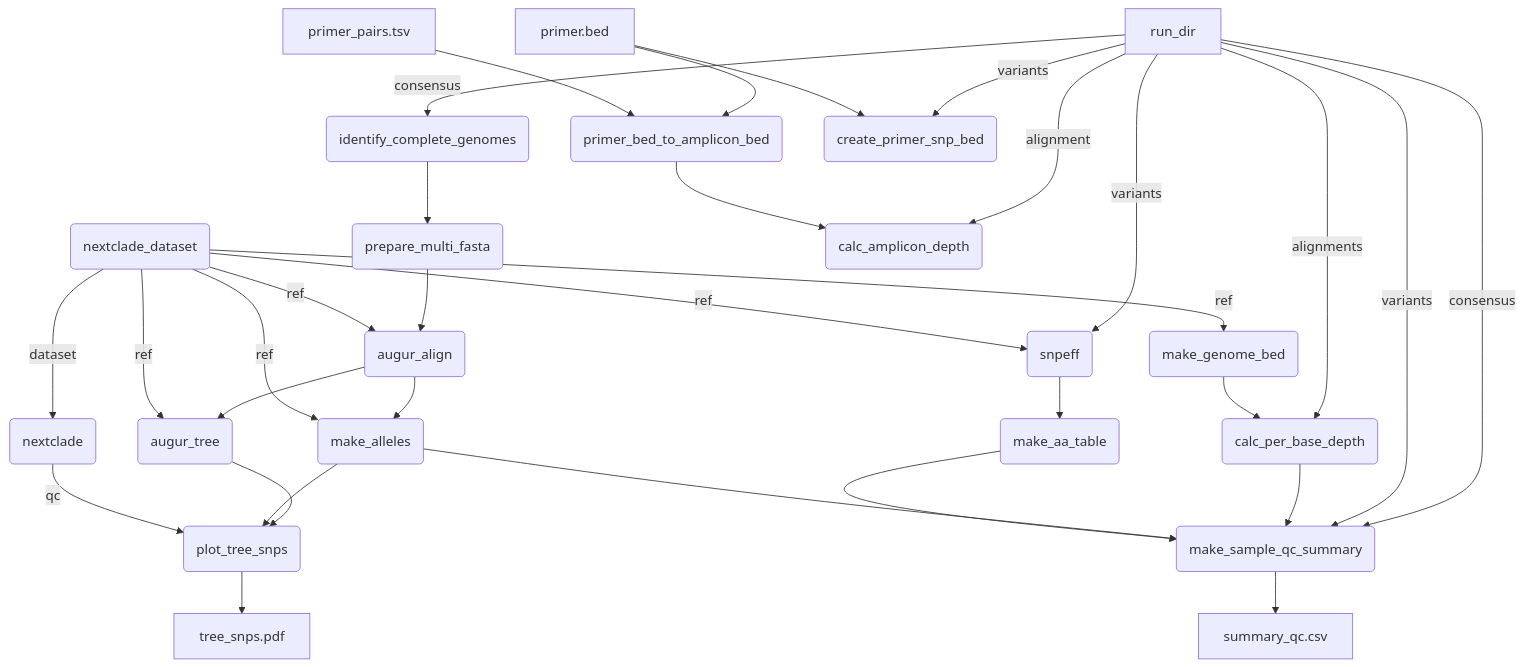
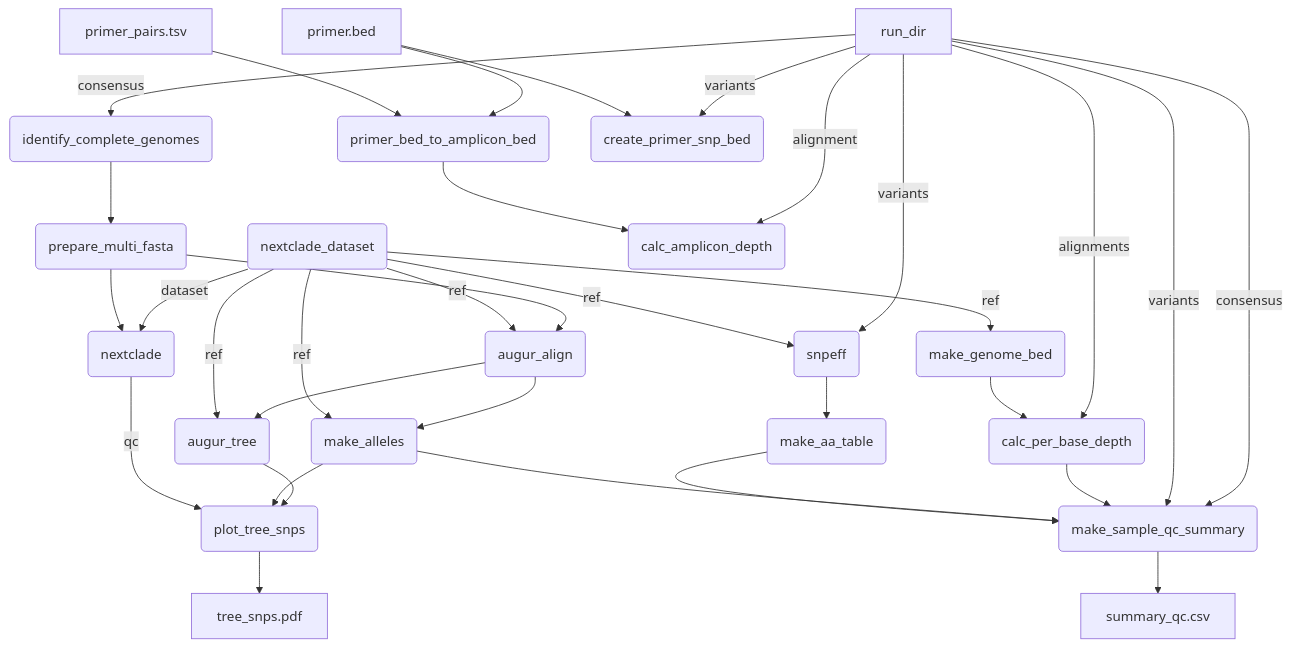
One commit to BCCDC-PHL/mpxv-qc changed the diagram in README.md. Above: the diagram before and after it, drawn with Mermaid.

````diff
--- a/README.md
+++ b/README.md
@@ -6,39 +6,40 @@
 ```mermaid
 flowchart TD
 run_dir[run_dir]
 primer_bed[primer.bed]
 primer_pairs[primer_pairs.tsv]
 run_dir -- consensus --> identify_complete_genomes(identify_complete_genomes)
 identify_complete_genomes --> prepare_multi_fasta(prepare_multi_fasta)
 nextclade_dataset(nextclade_dataset)
 nextclade_dataset -- dataset --> nextclade(nextclade)
+prepare_multi_fasta --> nextclade
 prepare_multi_fasta --> augur_align(augur_align)
 nextclade_dataset -- ref --> augur_align
 augur_align --> augur_tree(augur_tree)
 nextclade_dataset -- ref --> augur_tree
 augur_align --> make_alleles(make_alleles)
 nextclade_dataset -- ref --> make_alleles
 augur_tree --> plot_tree_snps(plot_tree_snps)
 make_alleles --> plot_tree_snps
 nextclade -- qc --> plot_tree_snps
 plot_tree_snps --> tree_snps.pdf
 run_dir -- variants --> snpeff(snpeff)
 nextclade_dataset -- ref --> snpeff
 snpeff --> make_aa_table(make_aa_table)
 primer_bed --> primer_bed_to_amplicon_bed(primer_bed_to_amplicon_bed)
 primer_pairs --> primer_bed_to_amplicon_bed
 run_dir -- alignment --> calc_amplicon_depth(calc_amplicon_depth)
 primer_bed_to_amplicon_bed --> calc_amplicon_depth
 run_dir -- variants --> create_primer_snp_bed(create_primer_snp_bed)
 primer_bed --> create_primer_snp_bed
 nextclade_dataset -- ref --> make_genome_bed(make_genome_bed)
 run_dir -- alignments --> calc_per_base_depth(calc_per_base_depth)
 make_genome_bed --> calc_per_base_depth
 make_sample_qc_summary(make_sample_qc_summary)
 run_dir -- consensus --> make_sample_qc_summary
 run_dir -- variants --> make_sample_qc_summary
 calc_per_base_depth --> make_sample_qc_summary
 make_alleles --> make_sample_qc_summary
 make_aa_table --> make_sample_qc_summary
 make_sample_qc_summary --> summary_qc.csv
 ```
````
